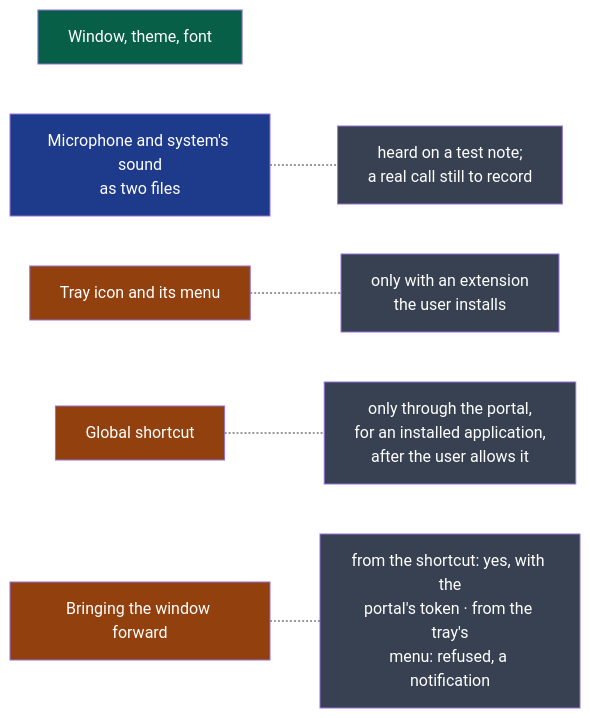
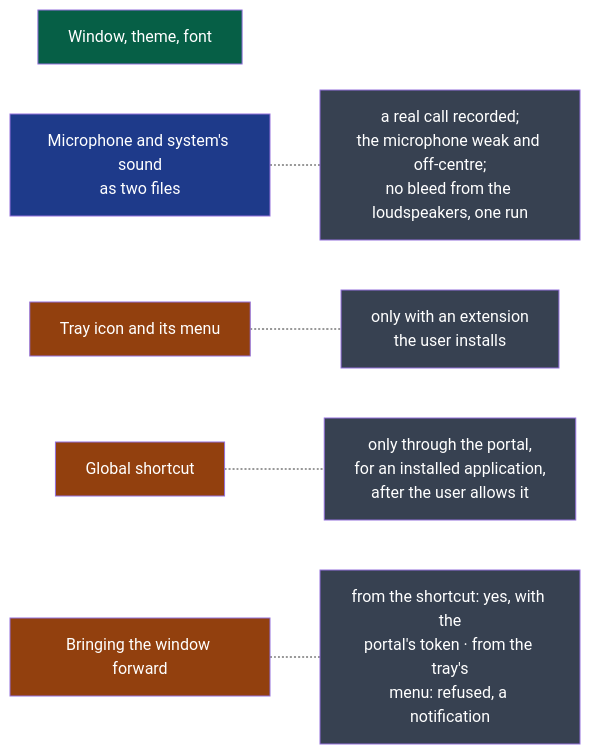
Before and after one commit to NapkinStack/wholeheard: the fourth of 7 diagrams in docs/project/cycles/01-first-meeting-on-three-systems.md, drawn with Mermaid. The commit also changed other lines of this file and 2 other files, not shown here.

Commit message:
D1 — a real call recorded on Fedora, and a level read from zero proves nothing (#18)

````diff
--- a/docs/project/cycles/01-first-meeting-on-three-systems.md
+++ b/docs/project/cycles/01-first-meeting-on-three-systems.md
@@ -172,19 +174,19 @@
 ```mermaid
 flowchart LR
     W["Window, theme, font"]:::yes
     A["Microphone and system's sound<br/>as two files"]:::part
     T["Tray icon and its menu"]:::cond
     K["Global shortcut"]:::cond
     F["Bringing the window forward"]:::cond
 
     T -.- T1["only with an extension<br/>the user installs"]:::note
     K -.- K1["only through the portal,<br/>for an installed application,<br/>after the user allows it"]:::note
     F -.- F1["from the shortcut: yes, with the<br/>portal's token · from the tray's<br/>menu: refused, a notification"]:::note
-    A -.- A1["heard on a test note;<br/>a real call still to record"]:::note
+    A -.- A1["a real call recorded;<br/>the microphone weak and off-centre;<br/>no bleed from the loudspeakers, one run"]:::note
 
     classDef yes fill:#065f46,color:#fff
     classDef part fill:#1e3a8a,color:#fff
     classDef cond fill:#92400e,color:#fff
     classDef no fill:#7c2d12,color:#fff
     classDef note fill:#374151,color:#fff
 ```
````
